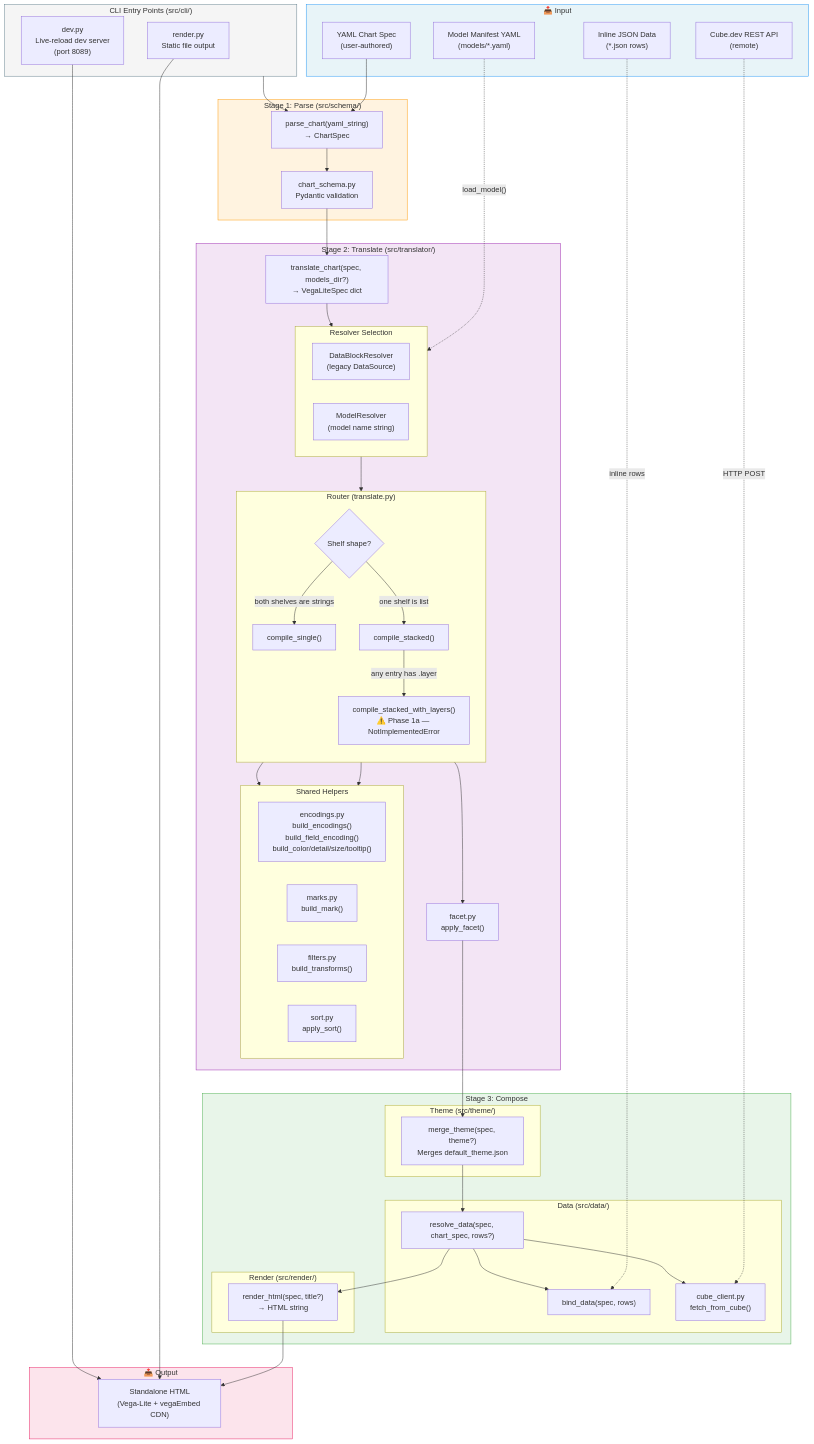
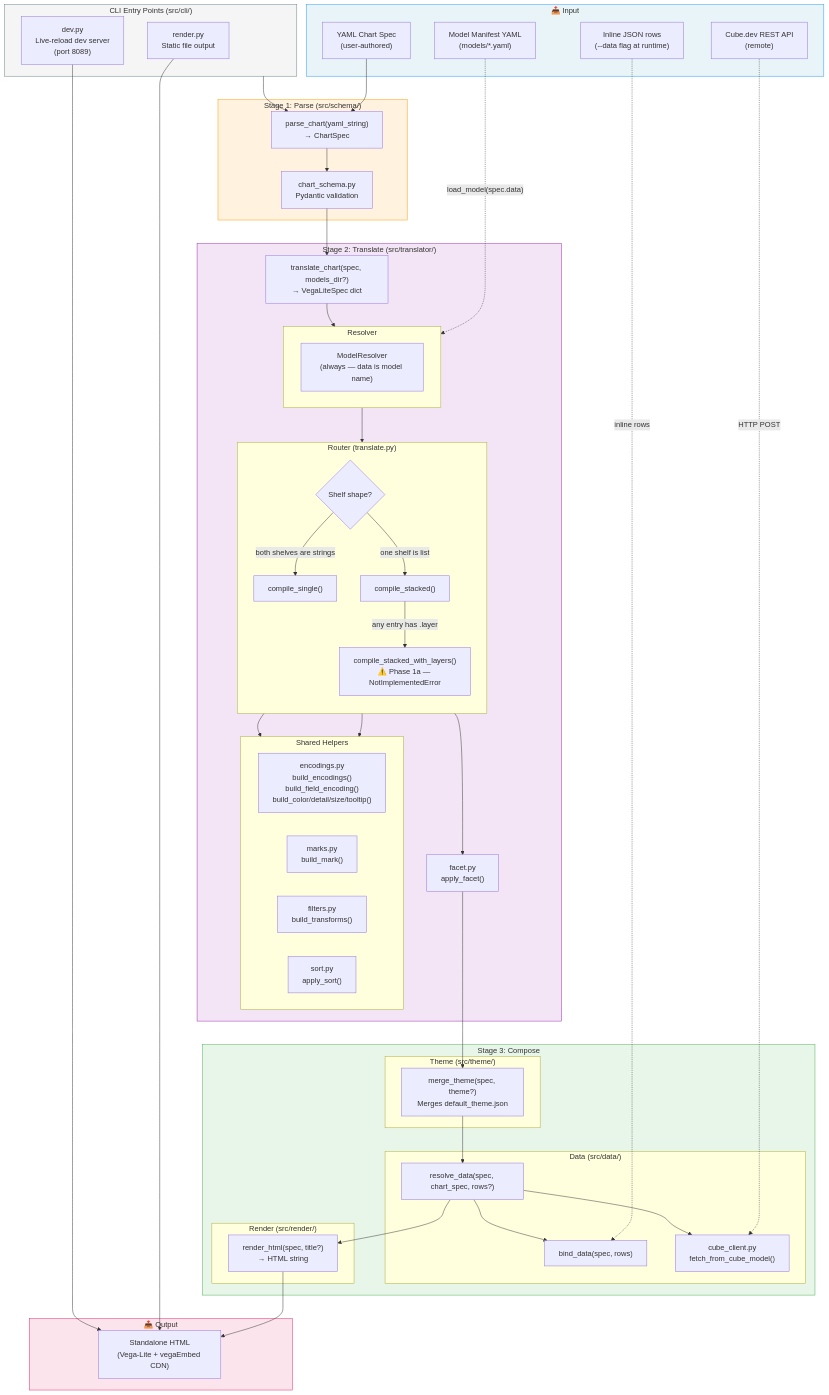
One commit to shelveshq/shelves changed the first of 10 diagrams in docs/architecture-diagram.md. Above: the diagram before and after it, drawn with Mermaid. The commit also changed other lines of this file and 37 other files, not shown here.

Commit message:
feat: remove legacy DataSource Inline declaration, change tests to use model instead

```diff
--- a/docs/architecture-diagram.md
+++ b/docs/architecture-diagram.md
@@ -7,7 +7,7 @@
     subgraph INPUT["📥 Input"]
         YAML["YAML Chart Spec<br/>(user-authored)"]
         MODEL_YAML["Model Manifest YAML<br/>(models/*.yaml)"]
-        DATA_JSON["Inline JSON Data<br/>(*.json rows)"]
+        DATA_JSON["Inline JSON rows<br/>(--data flag at runtime)"]
         CUBE_API["Cube.dev REST API<br/>(remote)"]
     end
 
@@ -20,10 +20,9 @@
     subgraph TRANSLATE["Stage 2: Translate (src/translator/)"]
         translate_chart["translate_chart(spec, models_dir?)<br/>→ VegaLiteSpec dict"]
 
-        subgraph RESOLVER["Resolver Selection"]
+        subgraph RESOLVER["Resolver"]
             direction LR
-            DR["DataBlockResolver<br/>(legacy DataSource)"]
-            MR["ModelResolver<br/>(model name string)"]
+            MR["ModelResolver<br/>(always — data is model name)"]
         end
 
         subgraph ROUTER["Router (translate.py)"]
@@ -54,7 +53,7 @@
         subgraph DATA["Data (src/data/)"]
             resolve_data["resolve_data(spec, chart_spec, rows?)"]
             bind_data["bind_data(spec, rows)"]
-            cube_client["cube_client.py<br/>fetch_from_cube()"]
+            cube_client["cube_client.py<br/>fetch_from_cube_model()"]
         end
         subgraph RENDER["Render (src/render/)"]
             render_html["render_html(spec, title?)<br/>→ HTML string"]
@@ -73,7 +72,7 @@
     %% Main flow
     YAML --> parse_chart
     chart_schema --> translate_chart
-    MODEL_YAML -.->|"load_model()"| MR
+    MODEL_YAML -.->|"load_model(spec.data)"| MR
     translate_chart --> RESOLVER
     RESOLVER --> ROUTER
     single --> HELPERS
```
